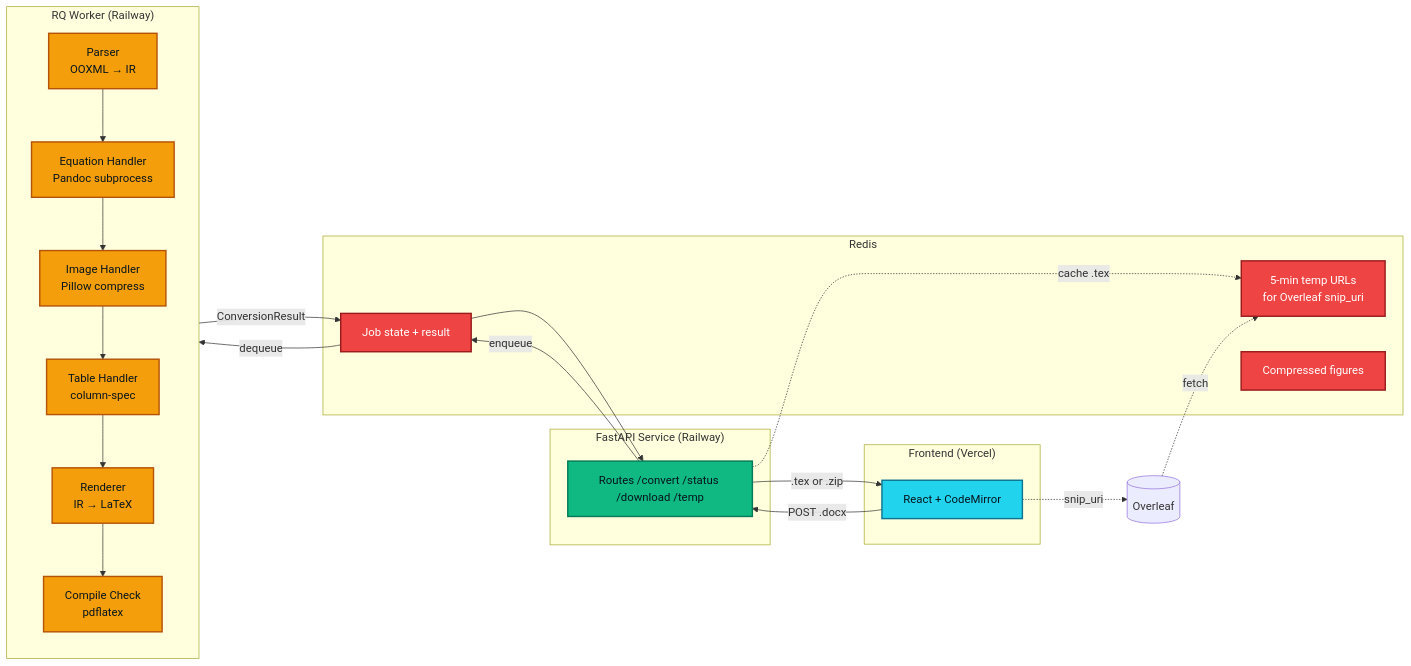
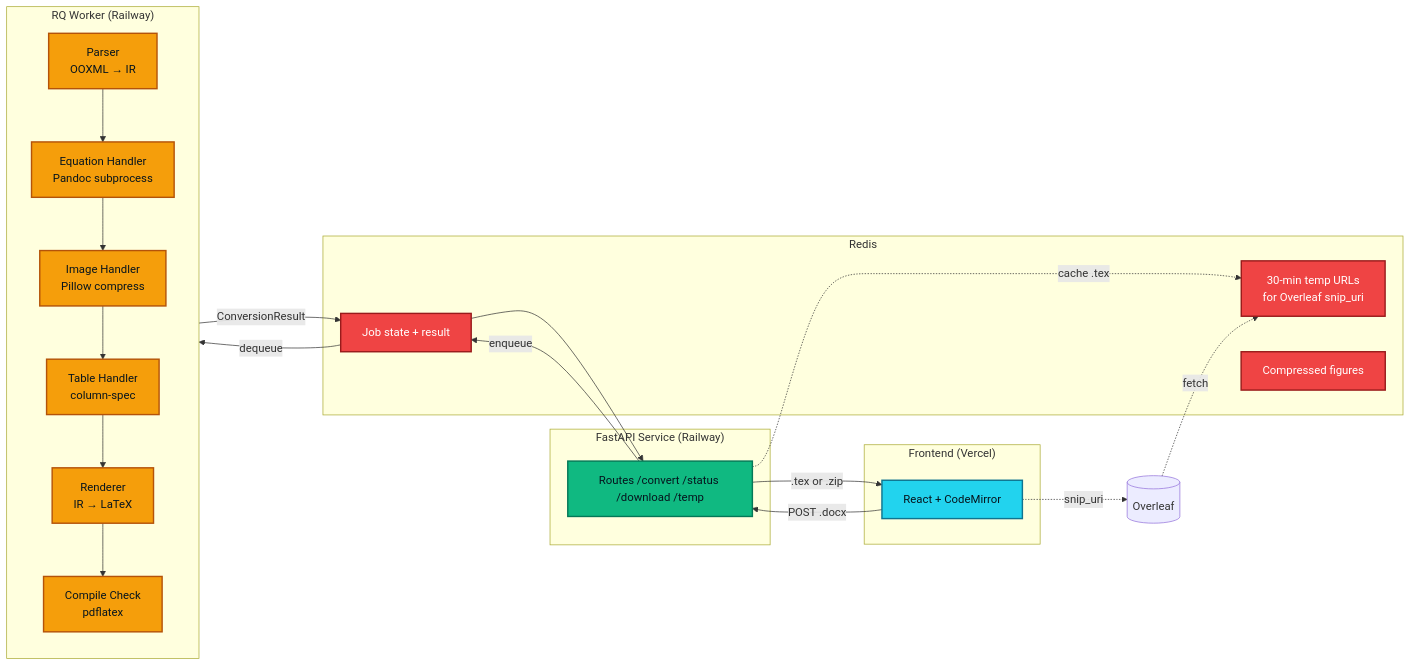
One commit to TheClazer/CoreTex changed the first of 3 diagrams in README.md. Above: the diagram before and after it, drawn with Mermaid. The commit also changed other lines of this file and 6 other files, not shown here.

First line of the commit message:
fix(overleaf): 30-min temp links, HEAD support, expiry check before opening

````diff
--- a/README.md
+++ b/README.md
@@ -64,46 +64,46 @@
 ```mermaid
 flowchart LR
     subgraph Frontend["Frontend (Vercel)"]
         UI[React + CodeMirror]
     end
 
     subgraph API["FastAPI Service (Railway)"]
         R[Routes /convert /status /download /temp]
     end
 
     subgraph Queue["RQ Worker (Railway)"]
         direction TB
         P[Parser<br/>OOXML → IR]
         H1[Equation Handler<br/>Pandoc subprocess]
         H2[Image Handler<br/>Pillow compress]
         H3[Table Handler<br/>column-spec]
         RD[Renderer<br/>IR → LaTeX]
         CC[Compile Check<br/>pdflatex]
         P --> H1 --> H2 --> H3 --> RD --> CC
     end
 
     subgraph Cache["Redis"]
         Jobs[Job state + result]
-        Temp[5-min temp URLs<br/>for Overleaf snip_uri]
+        Temp[30-min temp URLs<br/>for Overleaf snip_uri]
         Figs[Compressed figures]
     end
 
     UI -->|POST .docx| R
     R -->|enqueue| Jobs
     Jobs -->|dequeue| P
     CC -->|ConversionResult| Jobs
     Jobs --> R
     R -->|.tex or .zip| UI
     R -.->|cache .tex| Temp
     UI -.->|snip_uri| Overleaf[(Overleaf)]
     Overleaf -.->|fetch| Temp
 
     classDef frontend fill:#22d3ee,stroke:#0e7490,color:#06141d,stroke-width:2px
     classDef backend fill:#10b981,stroke:#047857,color:#06141d,stroke-width:2px
     classDef worker fill:#f59e0b,stroke:#b45309,color:#06141d,stroke-width:2px
     classDef cache fill:#ef4444,stroke:#991b1b,color:#fff,stroke-width:2px
     class UI frontend
     class R backend
     class P,H1,H2,H3,RD,CC worker
     class Jobs,Temp,Figs cache
 ```
````
